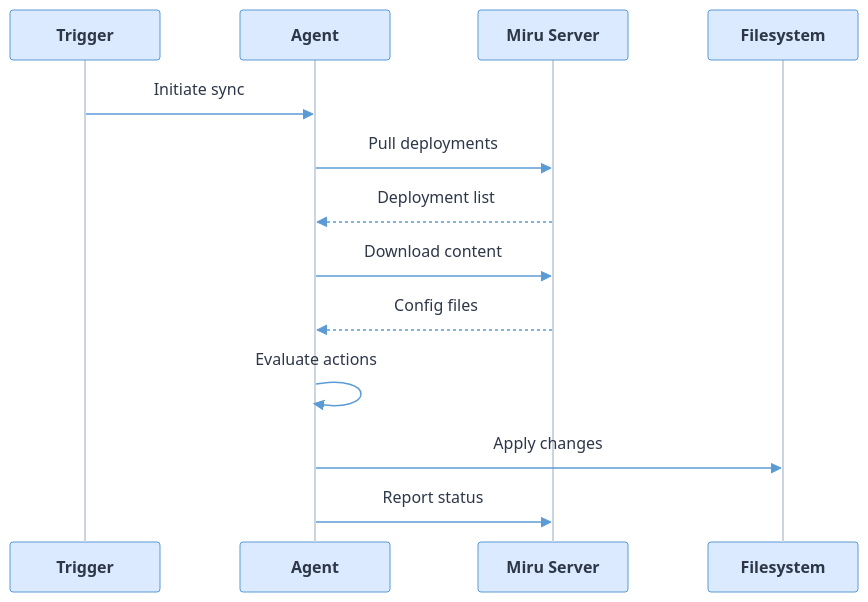
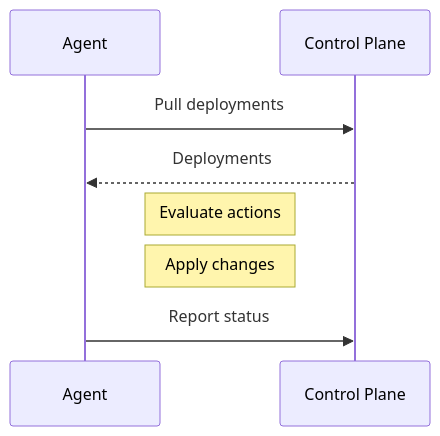
Before and after one commit to mirurobotics/docs: the second of 4 diagrams in docs/developers/agent/architecture.mdx, drawn with Mermaid. The commit also changed other lines of this file and 9 other files, not shown here.

Commit message:
feat: expose agent security and architecture documentation

````diff
--- a/docs/developers/agent/architecture.mdx
+++ b/docs/developers/agent/architecture.mdx
@@ -73,43 +48,12 @@
 ```mermaid
-%%{init: {
-  'theme': 'base',
-  'themeVariables': {
-    'actorBkg': '#dbeafe',
-    'actorBorder': '#5b9bd5',
-    'actorTextColor': '#2d3748',
-    'actorLineColor': '#cbd5e0',
-    'signalColor': '#5b9bd5',
-    'signalTextColor': '#2d3748',
-    'noteBkgColor': '#f0f4f8',
-    'noteBorderColor': '#cbd5e0',
-    'noteTextColor': '#2d3748',
-    'activationBkgColor': '#e8f4f8',
-    'activationBorderColor': '#5b9bd5',
-    'fontFamily': 'system-ui, sans-serif',
-    'fontSize': '14px'
-  },
-  'sequence': {
-    'actorMargin': 80,
-    'messageMargin': 35,
-    'width': 150,
-    'height': 50,
-    'actorFontSize': 14,
-    'actorFontWeight': 600,
-    'messageFontSize': 13
-  }
-}}%%
+%%{init: {'sequence': {'actorMargin': 120, 'diagramMarginX': 60, 'messageMargin': 45}}}%%
 sequenceDiagram
-    participant T as Trigger
     participant A as Agent
-    participant S as Miru Server
-    participant FS as Filesystem
+    participant S as Control Plane
 
-    T->>A: Initiate sync
     A->>S: Pull deployments
-    S-->>A: Deployment list
-    A->>S: Download content
-    S-->>A: Config files
-    A->>A: Evaluate actions
-    A->>FS: Apply changes
+    S-->>A: Deployments
+    Note right of A: Evaluate actions
+    Note right of A: Apply changes
     A->>S: Report status
 ```
````
